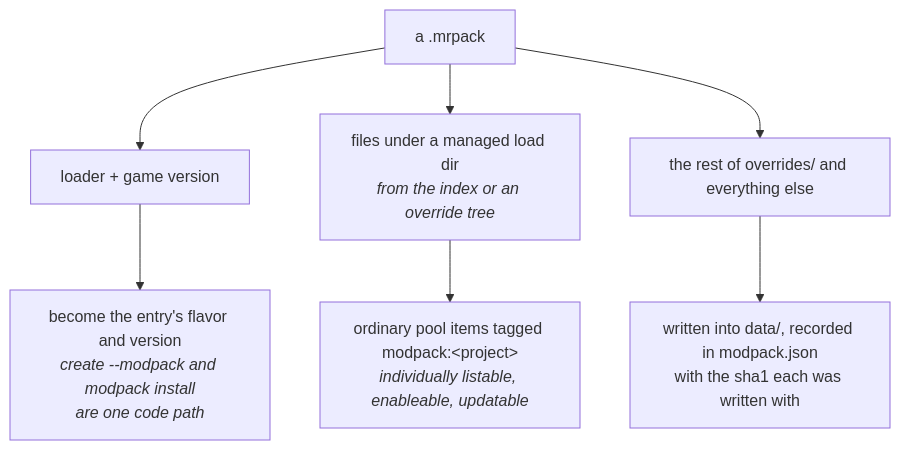
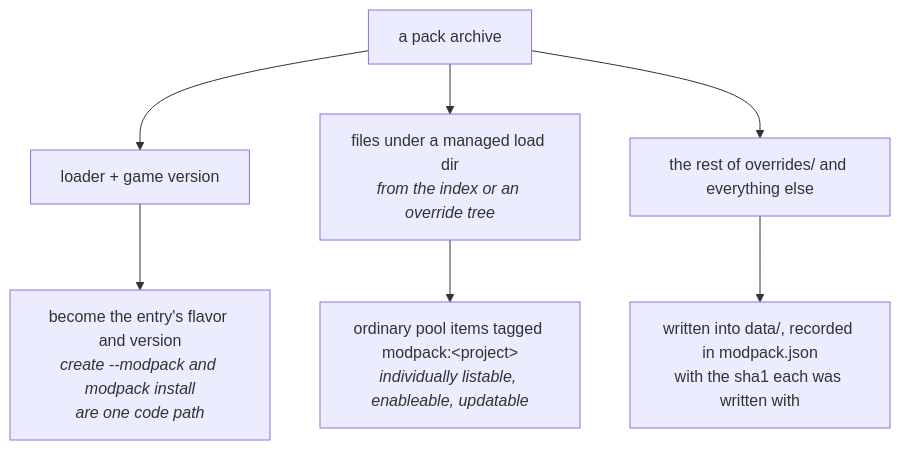
The third of 3 diagrams in docs/architecture/content.md (prytaneum/hestia), drawn with Mermaid before and after one commit. The commit also changed other lines of this file and 9 other files, not shown here.

````diff
--- a/docs/architecture/content.md
+++ b/docs/architecture/content.md
@@ -303,11 +301,11 @@
 ```mermaid
 flowchart TD
-    PACK["a .mrpack"]
+    PACK["a pack archive"]
     PACK --> A["loader + game version"]
     PACK --> B["files under a managed load dir<br/><i>from the index or an override tree</i>"]
     PACK --> C["the rest of overrides/ and everything else"]
 
     A --> A1["become the entry's flavor and version<br/><i>create --modpack and modpack install<br/>are one code path</i>"]
     B --> B1["ordinary pool items tagged modpack:&lt;project&gt;<br/><i>individually listable, enableable, updatable</i>"]
     C --> C1["written into data/, recorded in modpack.json<br/>with the sha1 each was written with"]
 ```
````
